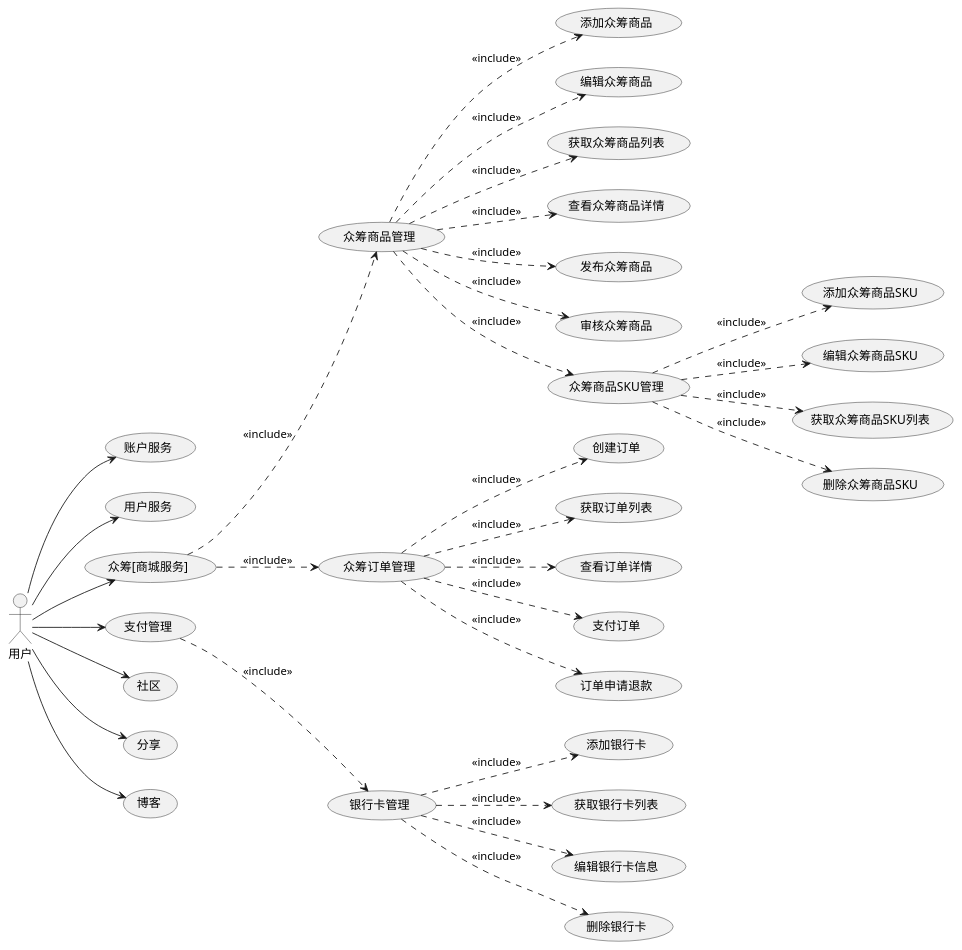
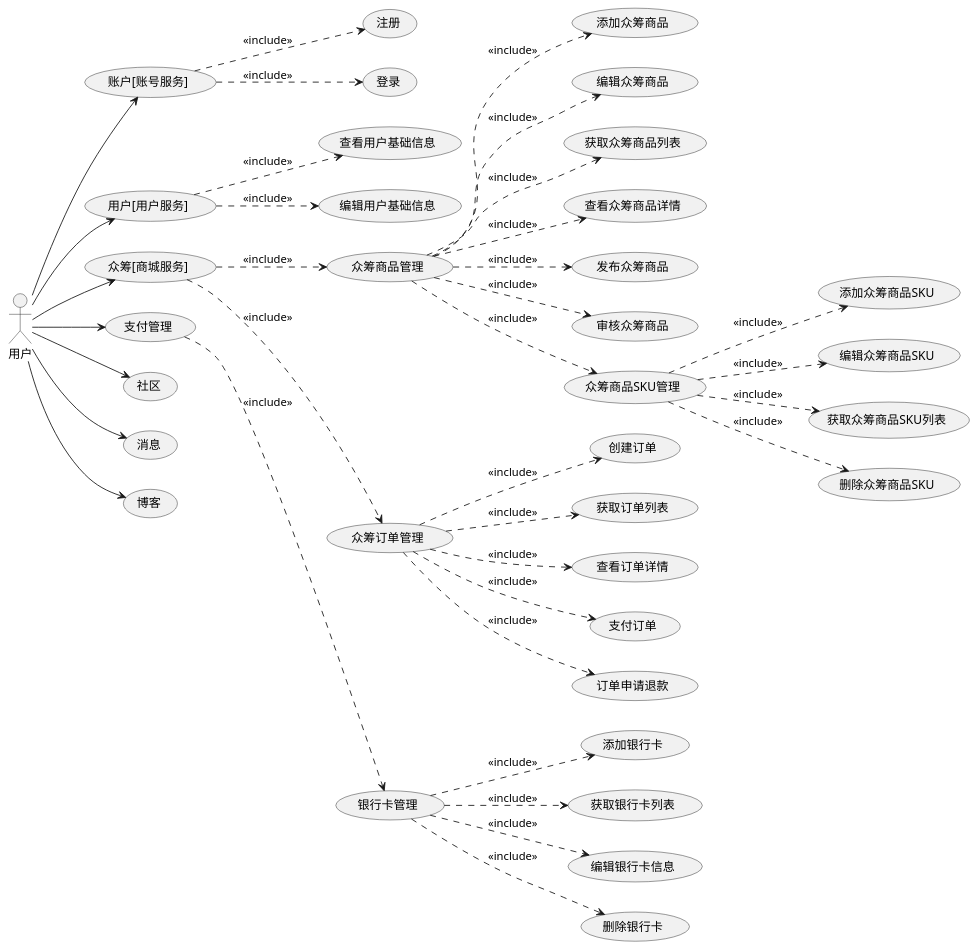
One commit to evildoerX/hyperledger-credit changed the diagram in docs/kickstarter/README.md. Above: the diagram before and after it, drawn with PlantUML.

```diff
--- a/docs/kickstarter/README.md
+++ b/docs/kickstarter/README.md
@@ -6,33 +6,37 @@
 @startuml
 left to right direction
-用户 --> (账户服务)
-用户 --> (用户服务)
+用户 --> (账户[账号服务])
+(账户[账号服务]) ..> (注册): <<include>>
+(账户[账号服务]) ..> (登录): <<include>>
+用户 --> (用户[用户服务])
+(用户[用户服务]) ..> (查看用户基础信息): <<include>>
+(用户[用户服务]) ..> (编辑用户基础信息): <<include>>
 用户 --> (众筹[商城服务])
 (众筹[商城服务]) ..> (众筹商品管理) : <<include>>
 (众筹商品管理) ..> (添加众筹商品): <<include>>
 (众筹商品管理) ..> (编辑众筹商品): <<include>>
 (众筹商品管理) ..> (获取众筹商品列表): <<include>>
 (众筹商品管理) ..> (查看众筹商品详情): <<include>>
 (众筹商品管理) ..> (发布众筹商品): <<include>>
 (众筹商品管理) ..> (审核众筹商品): <<include>>
 (众筹商品管理) ..> (众筹商品SKU管理): <<include>>
 (众筹商品SKU管理) ..> (添加众筹商品SKU): <<include>>
 (众筹商品SKU管理) ..> (编辑众筹商品SKU): <<include>>
 (众筹商品SKU管理) ..> (获取众筹商品SKU列表): <<include>>
 (众筹商品SKU管理) ..> (删除众筹商品SKU): <<include>>
 (众筹[商城服务]) ..> (众筹订单管理) : <<include>>
 (众筹订单管理) ..> (创建订单): <<include>>
 (众筹订单管理) ..> (获取订单列表): <<include>>
 (众筹订单管理) ..> (查看订单详情): <<include>>
 (众筹订单管理) ..> (支付订单): <<include>>
 (众筹订单管理) ..> (订单申请退款): <<include>>
 用户 --> (支付管理)
 (支付管理) ..> (银行卡管理): <<include>>
 (银行卡管理) ..> (添加银行卡): <<include>>
 (银行卡管理) ..> (获取银行卡列表): <<include>>
 (银行卡管理) ..> (编辑银行卡信息): <<include>>
 (银行卡管理) ..> (删除银行卡): <<include>>
 用户 --> (社区)
-用户 --> (分享)
+用户 --> (消息)
 用户 --> (博客)
 @enduml
```
